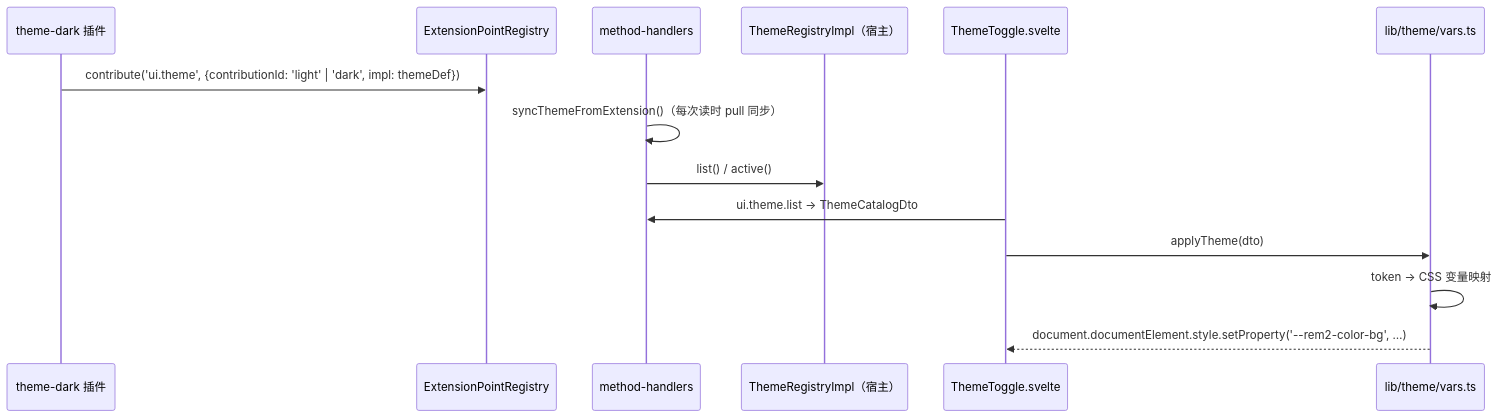
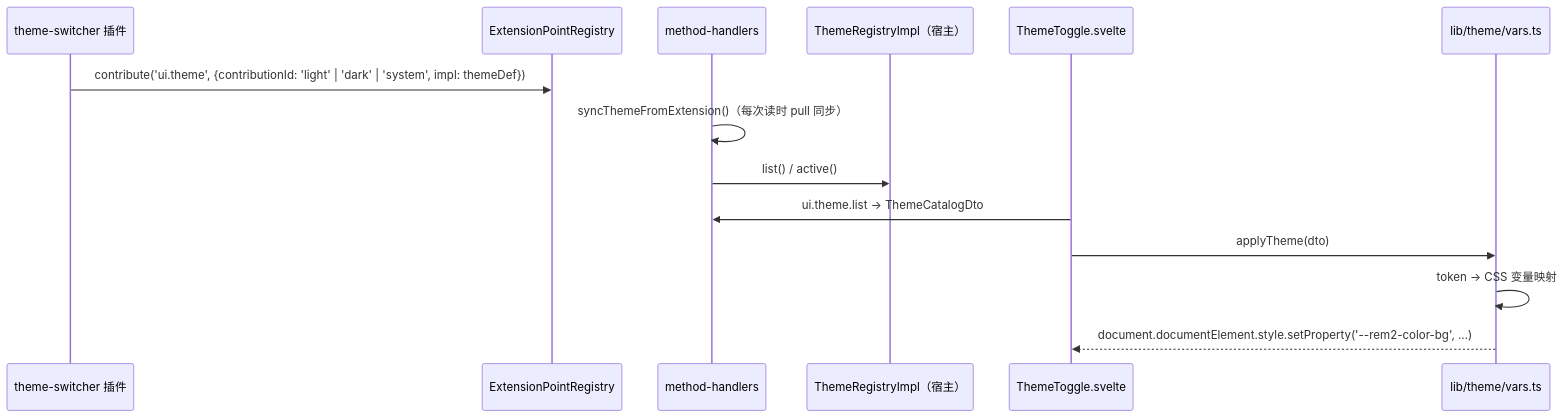
The second of 2 diagrams in docs/03-frontend-ipc.md (kino14910/REM2), drawn with Mermaid before and after one commit. The commit also changed other lines of this file and 12 other files, not shown here.

````diff
--- a/docs/03-frontend-ipc.md
+++ b/docs/03-frontend-ipc.md
@@ -330,17 +330,17 @@
 ```mermaid
 sequenceDiagram
-  participant TD as theme-dark 插件
+  participant TD as theme-switcher 插件
   participant EP as ExtensionPointRegistry
   participant BR as method-handlers
   participant TR as ThemeRegistryImpl（宿主）
   participant TH as ThemeToggle.svelte
   participant V as lib/theme/vars.ts
 
-  TD->>EP: contribute('ui.theme', {contributionId: 'light' | 'dark', impl: themeDef})
+  TD->>EP: contribute('ui.theme', {contributionId: 'light' | 'dark' | 'system', impl: themeDef})
   BR->>BR: syncThemeFromExtension()（每次读时 pull 同步）
   BR->>TR: list() / active()
   TH->>BR: ui.theme.list → ThemeCatalogDto
   TH->>V: applyTheme(dto)
   V->>V: token → CSS 变量映射
   V-->>TH: document.documentElement.style.setProperty('--rem2-color-bg', …)
 ```
````
